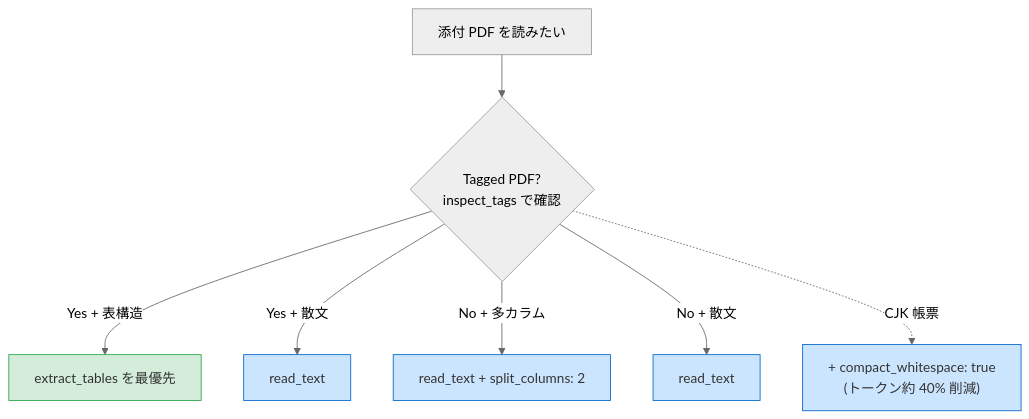
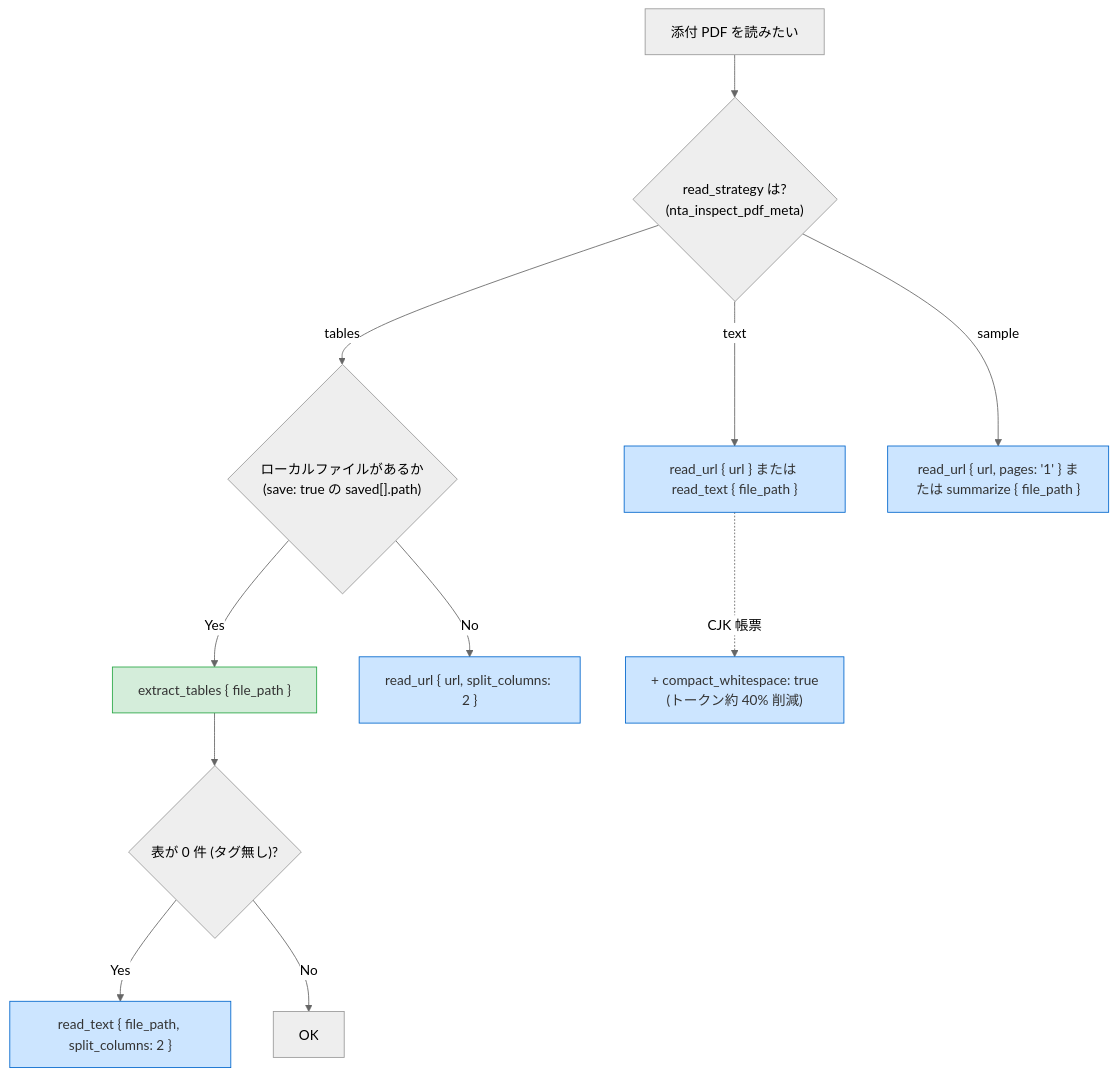
One commit to shuji-bonji/houki-research-skill changed the fourth of 4 diagrams in skills/houki-research/SKILL.md. Above: the diagram before and after it, drawn with Mermaid (neutral theme). The commit also changed other lines of this file and 7 other files, not shown here.

First line of the commit message:
feat: 添付 PDF に当たったときの分岐と新旧対照表の読み方を手順に置く（houki-nta-mcp 0.19.0 追随、0.13.0） (#16)

````diff
--- a/skills/houki-research/SKILL.md
+++ b/skills/houki-research/SKILL.md
@@ -248,14 +288,18 @@
 ```mermaid
 flowchart TB
-  pdf[添付 PDF を読みたい] --> q1{Tagged PDF?<br/>inspect_tags で確認}
-  q1 -->|Yes + 表構造| t1[extract_tables を最優先]
-  q1 -->|Yes + 散文| t2[read_text]
-  q1 -->|No + 多カラム| t3["read_text + split_columns: 2"]
-  q1 -->|No + 散文| t4[read_text]
-  q1 -.CJK 帳票.-> t5["+ compact_whitespace: true<br/>(トークン約 40% 削減)"]
+  pdf[添付 PDF を読みたい] --> q0{"read_strategy は?<br/>(nta_inspect_pdf_meta)"}
+  q0 -->|tables| q1{"ローカルファイルがあるか<br/>(save: true の saved[].path)"}
+  q0 -->|text| t4["read_url { url } または read_text { file_path }"]
+  q0 -->|sample| t6["read_url { url, pages: '1' } または summarize { file_path }"]
+  q1 -->|Yes| t1["extract_tables { file_path }"]
+  q1 -->|No| t3["read_url { url, split_columns: 2 }"]
+  t1 --> q2{"表が 0 件 (タグ無し)?"}
+  q2 -->|Yes| t3b["read_text { file_path, split_columns: 2 }"]
+  q2 -->|No| ok[OK]
+  t4 -.CJK 帳票.-> t5["+ compact_whitespace: true<br/>(トークン約 40% 削減)"]
 
   classDef pri fill:#d4edda,stroke:#28a745,color:#333
   classDef sec fill:#cce5ff,stroke:#0066cc,color:#333
   class t1 pri
-  class t2,t3,t4,t5 sec
+  class t3,t3b,t4,t5,t6 sec
 ```
````
